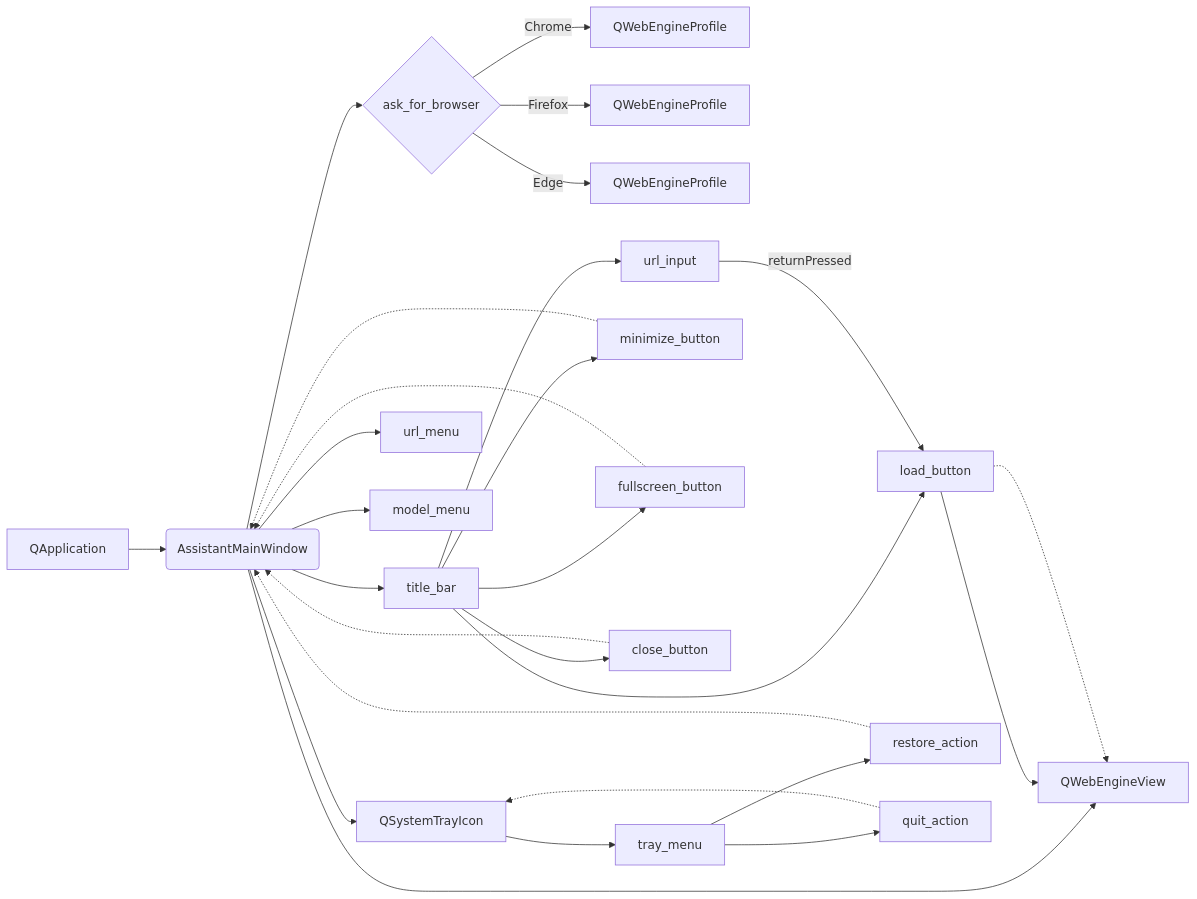
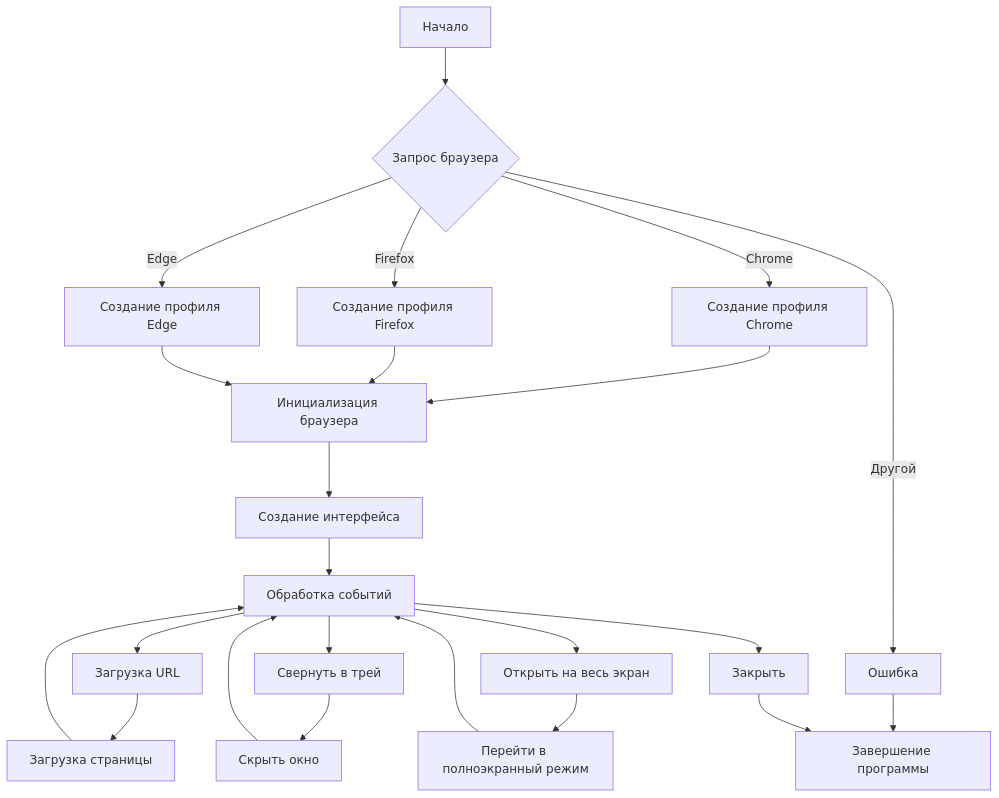
The first of 2 diagrams in docs/gemini/ru/explainer/src/gui/openai_trаigner/main.md (hypo69/hypo), drawn with Mermaid before and after one commit. The commit also changed other lines of this file and 468 other files, not shown here.

````diff
--- a/docs/gemini/ru/explainer/src/gui/openai_trаigner/main.md
+++ b/docs/gemini/ru/explainer/src/gui/openai_trаigner/main.md
@@ -109,28 +96,25 @@
 ```mermaid
-graph LR
-    A[QApplication] --> B(AssistantMainWindow);
-    B --> C{ask_for_browser};
-    C -- Chrome --> D[QWebEngineProfile];
-    C -- Firefox --> E[QWebEngineProfile];
-    C -- Edge --> F[QWebEngineProfile];
-    B --> G[QWebEngineView];
-    B --> H[title_bar];
-    H --> I[url_input];
-    H --> J[load_button];
-    H --> K[minimize_button];
-    H --> L[fullscreen_button];
-    H --> M[close_button];
-    B --> N[QSystemTrayIcon];
-    N --> O[tray_menu];
-    O --> P[restore_action];
-    O --> Q[quit_action];
-    B --> R[url_menu];
-    B --> S[model_menu];
-    I -- returnPressed --> J --> G;
-    J -.-> G;
-    K -.-> B;
-    L -.-> B;
-    M -.-> B;
-    P -.-> B;
-    Q -.-> N;
+graph TD
+    A[Начало] --> B{Запрос браузера};
+    B -- Chrome --> C[Создание профиля Chrome];
+    B -- Firefox --> D[Создание профиля Firefox];
+    B -- Edge --> E[Создание профиля Edge];
+    B -- Другой --> F[Ошибка];
+    C --> G[Инициализация браузера];
+    D --> G;
+    E --> G;
+    F --> H[Завершение программы];
+    G --> I[Создание интерфейса];
+    I --> J[Обработка событий];
+    J --> K[Загрузка URL];
+    J --> L[Свернуть в трей];
+    J --> M[Открыть на весь экран];
+    J --> N[Закрыть];
+    K --> O[Загрузка страницы];
+    L --> P[Скрыть окно];
+    M --> Q[Перейти в полноэкранный режим];
+    N --> H;
+    O --> J;
+    P --> J;
+    Q --> J;
 ```
````
